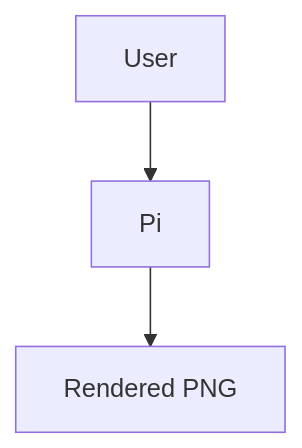
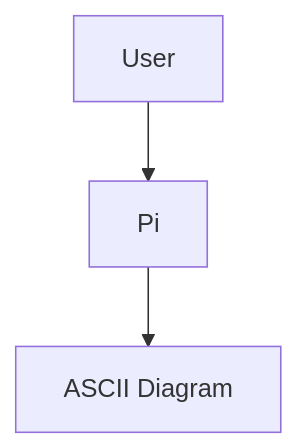
One commit to canadoce/pi-mermaid-render changed the diagram in README.md. Above: the diagram before and after it, drawn with Mermaid. The commit also changed other lines of this file and 4 other files, not shown here.

Commit message:
feat: render mermaid as grouped ascii in pi

````diff
--- a/README.md
+++ b/README.md
@@ -37,5 +40,5 @@
 ```mermaid
 graph TD
   A[User] --> B[Pi]
-  B --> C[Rendered PNG]
+  B --> C[ASCII Diagram]
 ```
````
